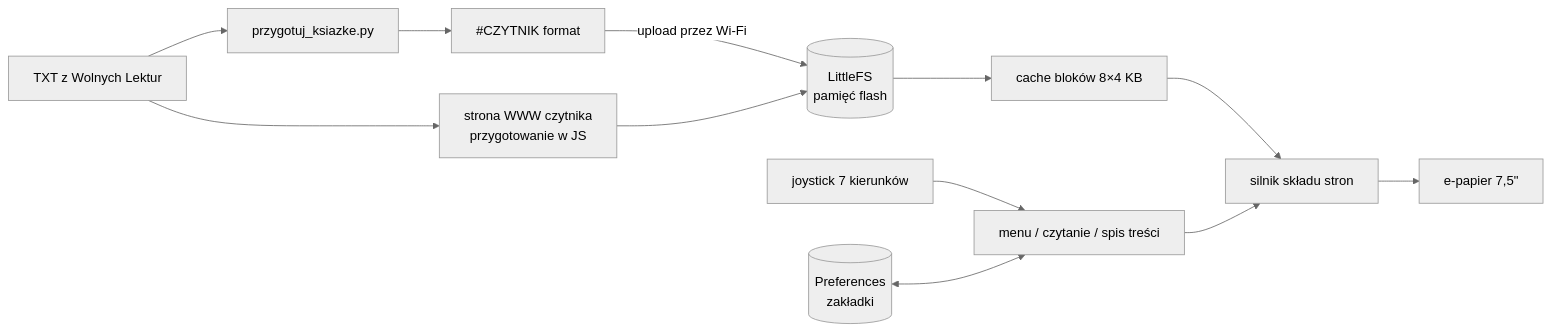
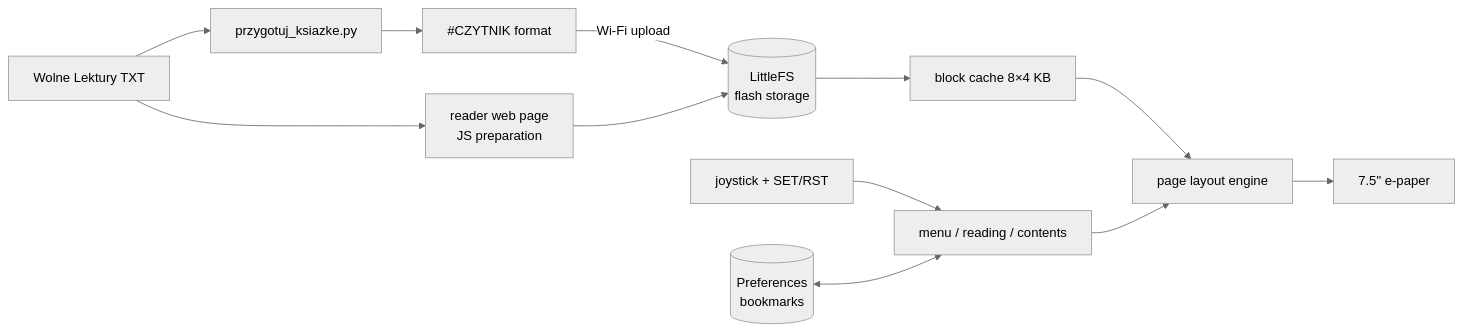
The diagram in README.md (PawelWozniak1/eink-ebook-reader), drawn with Mermaid (neutral theme) before and after one commit. The commit also changed other lines of this file and 1 other file, not shown here.

````diff
--- a/README.md
+++ b/README.md
@@ -84,14 +84,14 @@
 ```mermaid
 flowchart LR
-    WL[TXT z Wolnych Lektur] --> PY[przygotuj_ksiazke.py]
-    WL --> JS[strona WWW czytnika<br/>przygotowanie w JS]
+    WL[Wolne Lektury TXT] --> PY[przygotuj_ksiazke.py]
+    WL --> JS[reader web page<br/>JS preparation]
     PY --> TXT[#CZYTNIK format]
-    TXT -->|upload przez Wi-Fi| FS[(LittleFS<br/>pamięć flash)]
+    TXT -->|Wi-Fi upload| FS[(LittleFS<br/>flash storage)]
     JS --> FS
-    FS --> CACHE[cache bloków 8×4 KB]
-    CACHE --> LAYOUT[silnik składu stron]
-    LAYOUT --> EPD[e-papier 7,5&quot;]
-    JOY[joystick 7 kierunków] --> UI[menu / czytanie / spis treści]
+    FS --> CACHE[block cache 8×4 KB]
+    CACHE --> LAYOUT[page layout engine]
+    LAYOUT --> EPD[7.5&quot; e-paper]
+    JOY[joystick + SET/RST] --> UI[menu / reading / contents]
     UI --> LAYOUT
-    NVS[(Preferences<br/>zakładki)] <--> UI
+    NVS[(Preferences<br/>bookmarks)] <--> UI
 ```
````
